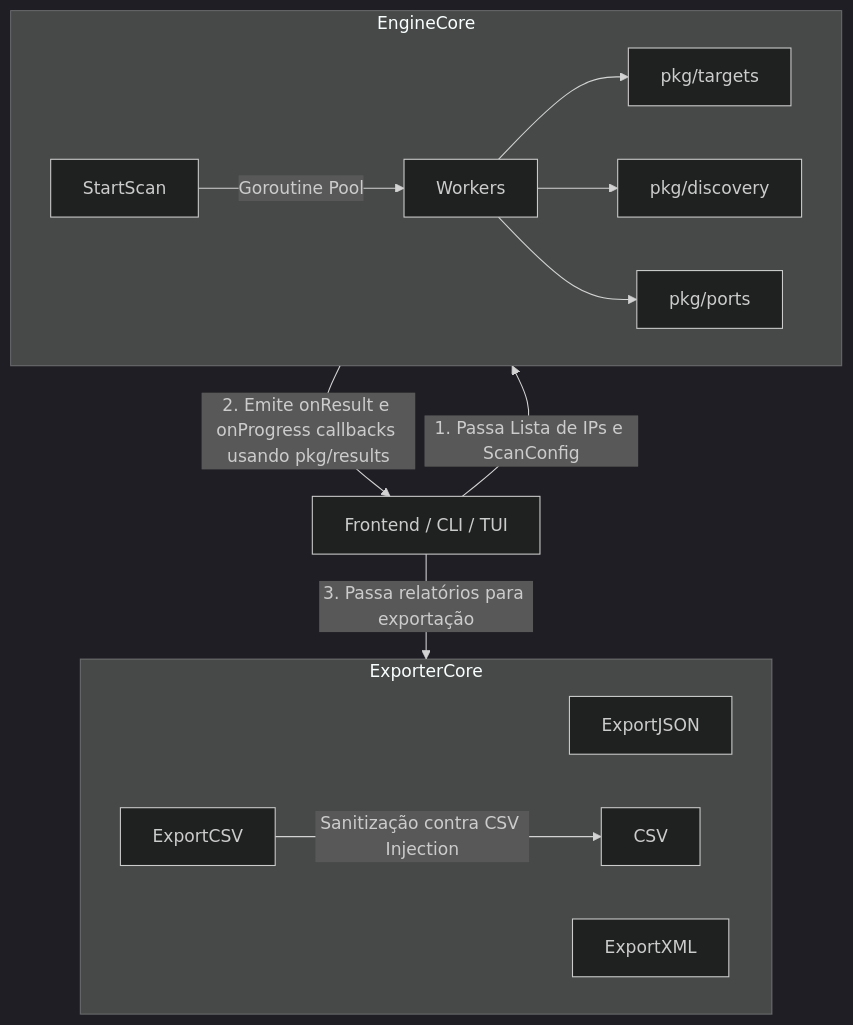
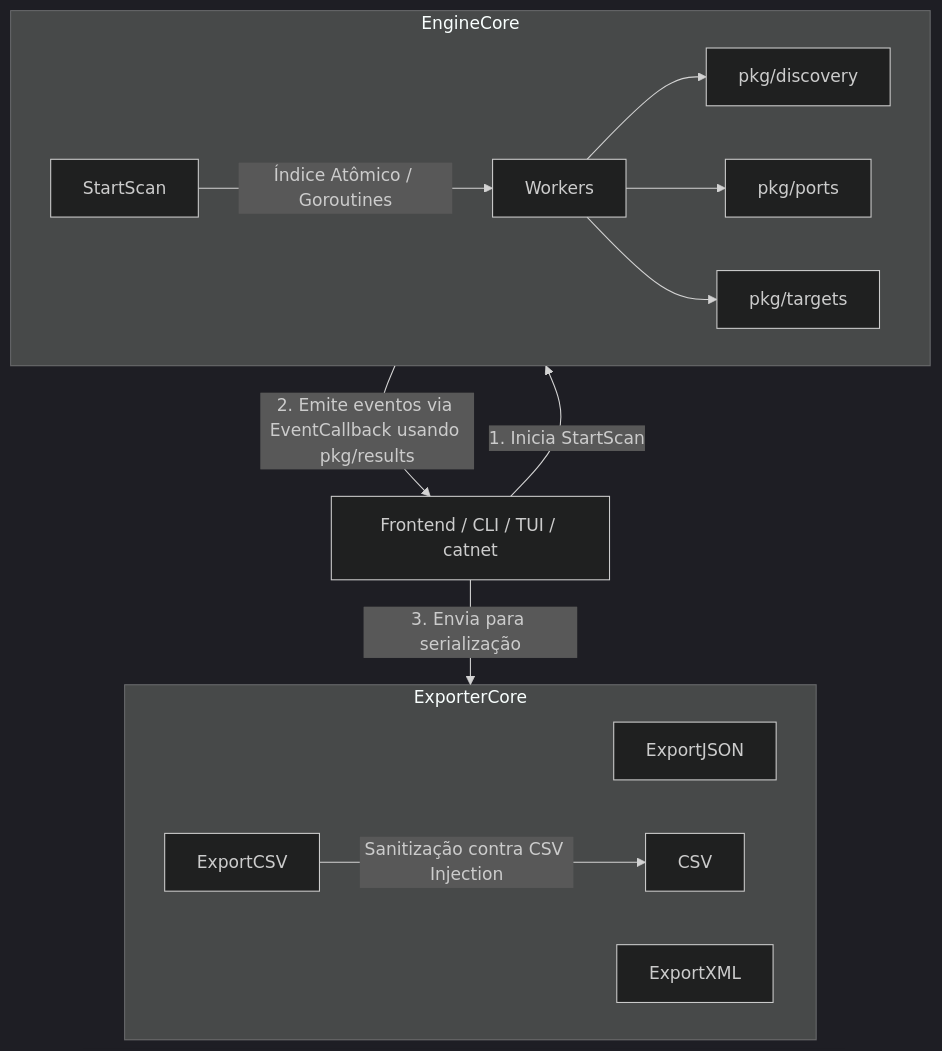
One commit to catnet-io/engine changed the diagram in docs/ARCHITECTURE.md. Above: the diagram before and after it, drawn with Mermaid (dark theme). The commit also changed other lines of this file and 2 other files, not shown here.

````diff
--- a/docs/ARCHITECTURE.md
+++ b/docs/ARCHITECTURE.md
@@ -35,21 +39,21 @@
 ```mermaid
 flowchart TD
-    App[Frontend / CLI / TUI] -->|1. Passa Lista de IPs e ScanConfig| EngineCore(pkg/engine)
+    App[Frontend / CLI / TUI / catnet] -->|1. Inicia StartScan| EngineCore(pkg/engine)
     
     subgraph EngineCore
-      StartScan --> |Goroutine Pool| Workers
-      Workers --> Targets[pkg/targets]
+      StartScan --> |Índice Atômico / Goroutines| Workers
       Workers --> Discovery[pkg/discovery]
       Workers --> Ports[pkg/ports]
+      Workers --> Targets[pkg/targets]
     end
 
-    EngineCore -->|2. Emite onResult e onProgress callbacks usando pkg/results| App
+    EngineCore -->|2. Emite eventos via EventCallback usando pkg/results| App
 
-    App -->|3. Passa relatórios para exportação| ExporterCore(pkg/exporter)
+    App -->|3. Envia para serialização| ExporterCore(pkg/exporter)
     
     subgraph ExporterCore
       ExportJSON
       ExportXML
       ExportCSV --> |Sanitização contra CSV Injection| CSV
     end
 ```
````
